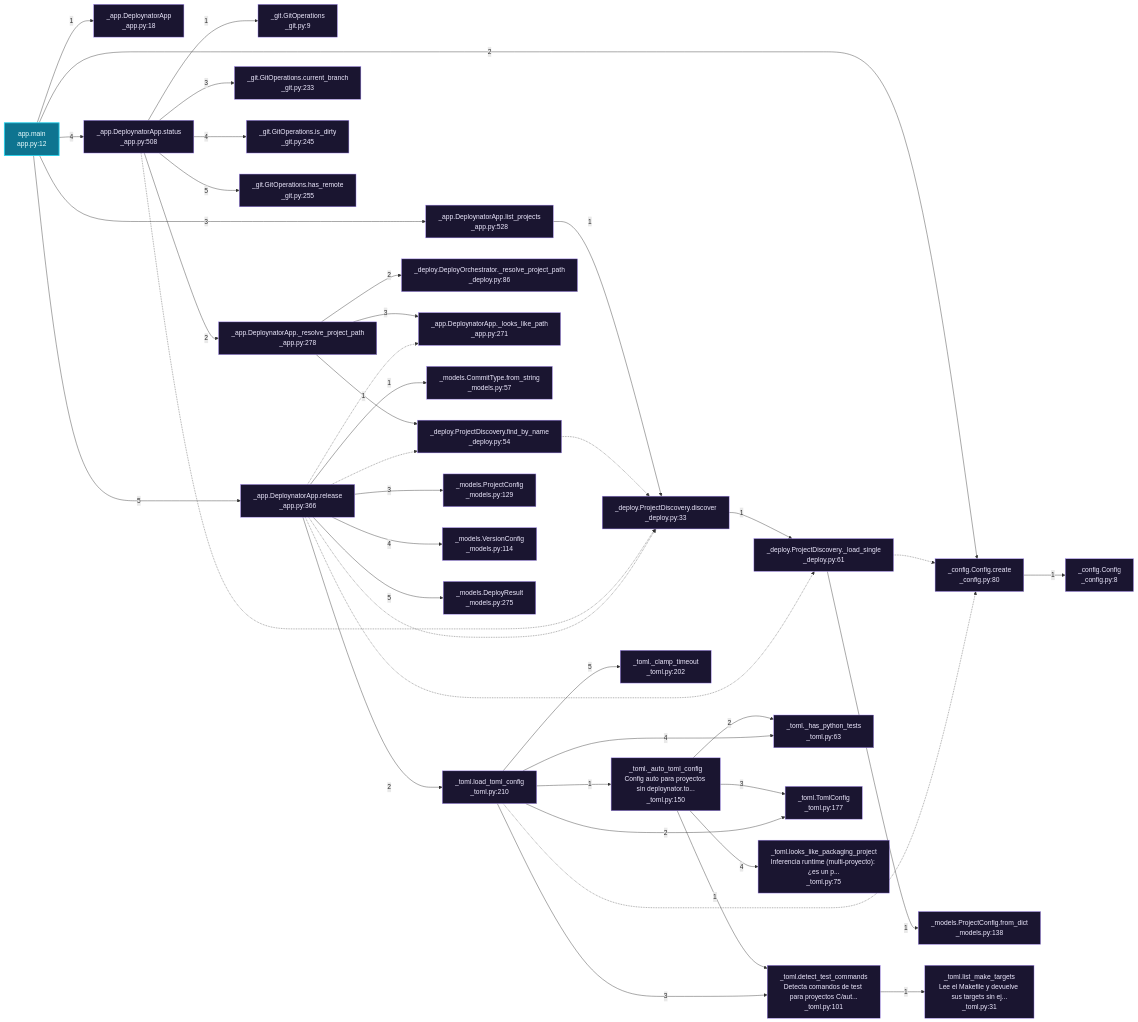
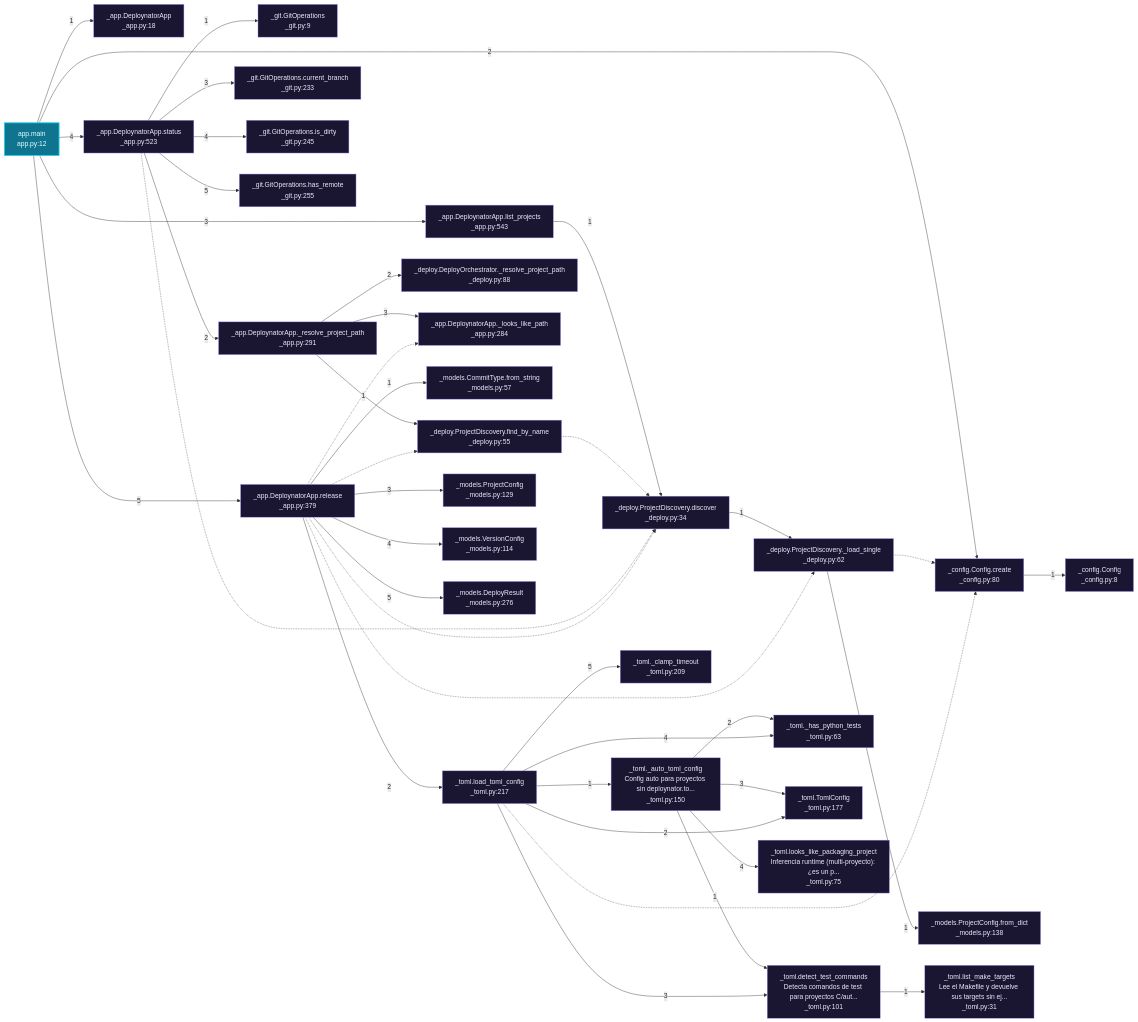
Before and after one commit to grisuno/deploynator: the third of 9 diagrams in readmenator-apidocs/architecture.md, drawn with Mermaid. The commit also changed other lines of this file and 120 other files, not shown here.

````diff
--- a/readmenator-apidocs/architecture.md
+++ b/readmenator-apidocs/architecture.md
@@ -82,75 +82,75 @@
 ```mermaid
 flowchart LR
     classDef entry fill:#0e7490,stroke:#22d3ee,color:#ecfeff,stroke-width:2px;
     classDef external fill:#1a1530,stroke:#a78bfa,color:#ede9fe;
     n_app_py__main["app.main<br/>app.py:12"]:::entry
     n_deploynator__app_py__DeploynatorApp["_app.DeploynatorApp<br/>_app.py:18"]:::external
     n_deploynator__config_py__create["_config.Config.create<br/>_config.py:80"]:::external
     n_deploynator__config_py__Config["_config.Config<br/>_config.py:8"]:::external
-    n_deploynator__app_py__list_projects["_app.DeploynatorApp.list_projects<br/>_app.py:528"]:::external
-    n_deploynator__deploy_py__discover["_deploy.ProjectDiscovery.discover<br/>_deploy.py:33"]:::external
-    n_deploynator__deploy_py___load_single["_deploy.ProjectDiscovery._load_single<br/>_deploy.py:61"]:::external
+    n_deploynator__app_py__list_projects["_app.DeploynatorApp.list_projects<br/>_app.py:543"]:::external
+    n_deploynator__deploy_py__discover["_deploy.ProjectDiscovery.discover<br/>_deploy.py:34"]:::external
+    n_deploynator__deploy_py___load_single["_deploy.ProjectDiscovery._load_single<br/>_deploy.py:62"]:::external
     n_deploynator__models_py__from_dict_138["_models.ProjectConfig.from_dict<br/>_models.py:138"]:::external
-    n_deploynator__app_py__status["_app.DeploynatorApp.status<br/>_app.py:508"]:::external
+    n_deploynator__app_py__status["_app.DeploynatorApp.status<br/>_app.py:523"]:::external
     n_deploynator__git_py__GitOperations["_git.GitOperations<br/>_git.py:9"]:::external
-    n_deploynator__app_py___resolve_project_path["_app.DeploynatorApp._resolve_project_path<br/>_app.py:278"]:::external
-    n_deploynator__deploy_py__find_by_name["_deploy.ProjectDiscovery.find_by_name<br/>_deploy.py:54"]:::external
-    n_deploynator__deploy_py___resolve_project_path["_deploy.DeployOrchestrator._resolve_project_path<br/>_deploy.py:86"]:::external
-    n_deploynator__app_py___looks_like_path["_app.DeploynatorApp._looks_like_path<br/>_app.py:271"]:::external
+    n_deploynator__app_py___resolve_project_path["_app.DeploynatorApp._resolve_project_path<br/>_app.py:291"]:::external
+    n_deploynator__deploy_py__find_by_name["_deploy.ProjectDiscovery.find_by_name<br/>_deploy.py:55"]:::external
+    n_deploynator__deploy_py___resolve_project_path["_deploy.DeployOrchestrator._resolve_project_path<br/>_deploy.py:88"]:::external
+    n_deploynator__app_py___looks_like_path["_app.DeploynatorApp._looks_like_path<br/>_app.py:284"]:::external
     n_deploynator__git_py__current_branch["_git.GitOperations.current_branch<br/>_git.py:233"]:::external
     n_deploynator__git_py__is_dirty["_git.GitOperations.is_dirty<br/>_git.py:245"]:::external
     n_deploynator__git_py__has_remote["_git.GitOperations.has_remote<br/>_git.py:255"]:::external
-    n_deploynator__app_py__release["_app.DeploynatorApp.release<br/>_app.py:366"]:::external
+    n_deploynator__app_py__release["_app.DeploynatorApp.release<br/>_app.py:379"]:::external
     n_deploynator__models_py__from_string_57["_models.CommitType.from_string<br/>_models.py:57"]:::external
-    n_deploynator__toml_py__load_toml_config["_toml.load_toml_config<br/>_toml.py:210"]:::external
+    n_deploynator__toml_py__load_toml_config["_toml.load_toml_config<br/>_toml.py:217"]:::external
     n_deploynator__toml_py___auto_toml_config["_toml._auto_toml_config<br/>Config auto para proyectos sin deploynator.to...<br/>_toml.py:150"]:::external
     n_deploynator__toml_py__detect_test_commands["_toml.detect_test_commands<br/>Detecta comandos de test para proyectos C/aut...<br/>_toml.py:101"]:::external
     n_deploynator__toml_py___has_python_tests["_toml._has_python_tests<br/>_toml.py:63"]:::external
     n_deploynator__toml_py__TomlConfig["_toml.TomlConfig<br/>_toml.py:177"]:::external
     n_deploynator__toml_py__looks_like_packaging_project["_toml.looks_like_packaging_project<br/>Inferencia runtime (multi-proyecto): ¿es un p...<br/>_toml.py:75"]:::external
     n_deploynator__toml_py__list_make_targets["_toml.list_make_targets<br/>Lee el Makefile y devuelve sus targets sin ej...<br/>_toml.py:31"]:::external
-    n_deploynator__toml_py___clamp_timeout["_toml._clamp_timeout<br/>_toml.py:202"]:::external
+    n_deploynator__toml_py___clamp_timeout["_toml._clamp_timeout<br/>_toml.py:209"]:::external
     n_deploynator__models_py__ProjectConfig["_models.ProjectConfig<br/>_models.py:129"]:::external
     n_deploynator__models_py__VersionConfig["_models.VersionConfig<br/>_models.py:114"]:::external
-    n_deploynator__models_py__DeployResult["_models.DeployResult<br/>_models.py:275"]:::external
+    n_deploynator__models_py__DeployResult["_models.DeployResult<br/>_models.py:276"]:::external
     n_app_py__main -->|"1"| n_deploynator__app_py__DeploynatorApp
     n_app_py__main -->|"2"| n_deploynator__config_py__create
     n_deploynator__config_py__create -->|"1"| n_deploynator__config_py__Config
     n_app_py__main -->|"3"| n_deploynator__app_py__list_projects
     n_deploynator__app_py__list_projects -->|"1"| n_deploynator__deploy_py__discover
     n_deploynator__deploy_py__discover -->|"1"| n_deploynator__deploy_py___load_single
     n_deploynator__deploy_py___load_single -.-> n_deploynator__config_py__create
     n_deploynator__deploy_py___load_single -->|"1"| n_deploynator__models_py__from_dict_138
     n_app_py__main -->|"4"| n_deploynator__app_py__status
     n_deploynator__app_py__status -->|"1"| n_deploynator__git_py__GitOperations
     n_deploynator__app_py__status -->|"2"| n_deploynator__app_py___resolve_project_path
     n_deploynator__app_py___resolve_project_path -->|"1"| n_deploynator__deploy_py__find_by_name
     n_deploynator__deploy_py__find_by_name -.-> n_deploynator__deploy_py__discover
     n_deploynator__app_py___resolve_project_path -->|"2"| n_deploynator__deploy_py___resolve_project_path
     n_deploynator__app_py___resolve_project_path -->|"3"| n_deploynator__app_py___looks_like_path
     n_deploynator__app_py__status -->|"3"| n_deploynator__git_py__current_branch
     n_deploynator__app_py__status -->|"4"| n_deploynator__git_py__is_dirty
     n_deploynator__app_py__status -->|"5"| n_deploynator__git_py__has_remote
     n_deploynator__app_py__status -.-> n_deploynator__deploy_py__discover
     n_app_py__main -->|"5"| n_deploynator__app_py__release
     n_deploynator__app_py__release -->|"1"| n_deploynator__models_py__from_string_57
     n_deploynator__app_py__release -.-> n_deploynator__deploy_py__discover
     n_deploynator__app_py__release -.-> n_deploynator__deploy_py__find_by_name
     n_deploynator__app_py__release -.-> n_deploynator__app_py___looks_like_path
     n_deploynator__app_py__release -->|"2"| n_deploynator__toml_py__load_toml_config
     n_deploynator__toml_py__load_toml_config -->|"1"| n_deploynator__toml_py___auto_toml_config
     n_deploynator__toml_py___auto_toml_config -->|"1"| n_deploynator__toml_py__detect_test_commands
     n_deploynator__toml_py___auto_toml_config -->|"2"| n_deploynator__toml_py___has_python_tests
     n_deploynator__toml_py___auto_toml_config -->|"3"| n_deploynator__toml_py__TomlConfig
     n_deploynator__toml_py___auto_toml_config -->|"4"| n_deploynator__toml_py__looks_like_packaging_project
     n_deploynator__toml_py__load_toml_config -->|"2"| n_deploynator__toml_py__TomlConfig
     n_deploynator__toml_py__load_toml_config -.-> n_deploynator__config_py__create
     n_deploynator__toml_py__load_toml_config -->|"3"| n_deploynator__toml_py__detect_test_commands
     n_deploynator__toml_py__detect_test_commands -->|"1"| n_deploynator__toml_py__list_make_targets
     n_deploynator__toml_py__load_toml_config -->|"4"| n_deploynator__toml_py___has_python_tests
     n_deploynator__toml_py__load_toml_config -->|"5"| n_deploynator__toml_py___clamp_timeout
     n_deploynator__app_py__release -->|"3"| n_deploynator__models_py__ProjectConfig
     n_deploynator__app_py__release -->|"4"| n_deploynator__models_py__VersionConfig
     n_deploynator__app_py__release -.-> n_deploynator__deploy_py___load_single
     n_deploynator__app_py__release -->|"5"| n_deploynator__models_py__DeployResult
 ```
````
